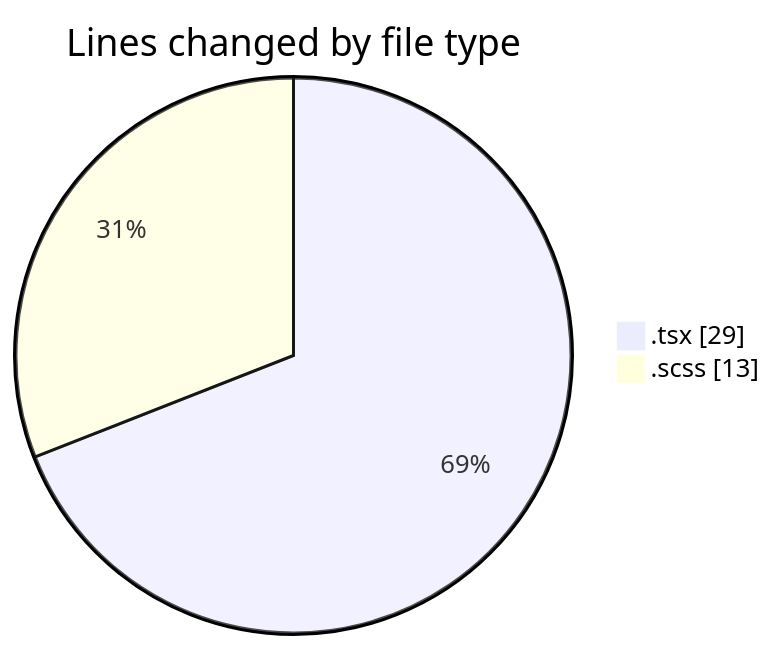
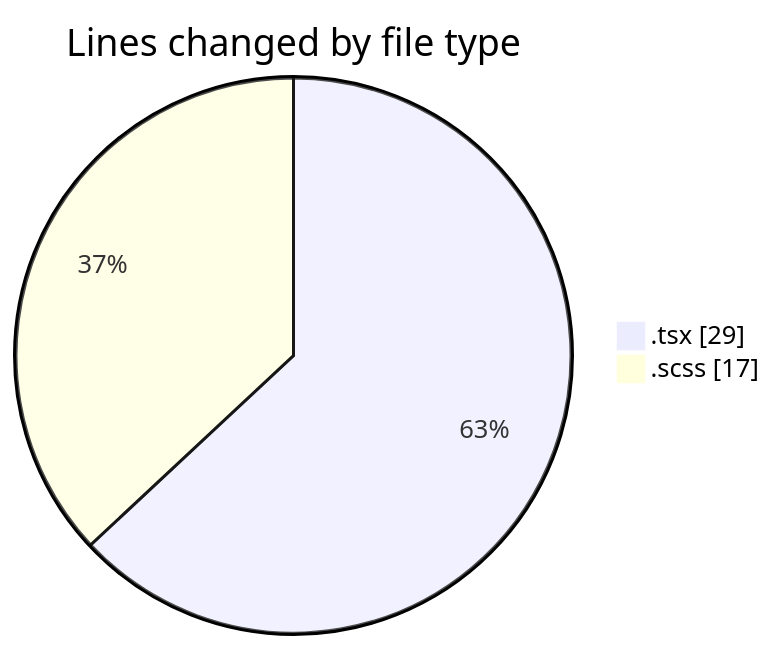
The first of 2 diagrams in 2025-04-09/cda/README.md (momahboobian/code-tracking), drawn with Mermaid before and after one commit. The commit also changed other lines of this file and 1 other file, not shown here.

````diff
--- a/2025-04-09/cda/README.md
+++ b/2025-04-09/cda/README.md
@@ -21,6 +21,6 @@
 ```mermaid
 pie showData
 title Lines changed by file type
 ".tsx" : 29
-".scss" : 13
+".scss" : 17
 ```
````
